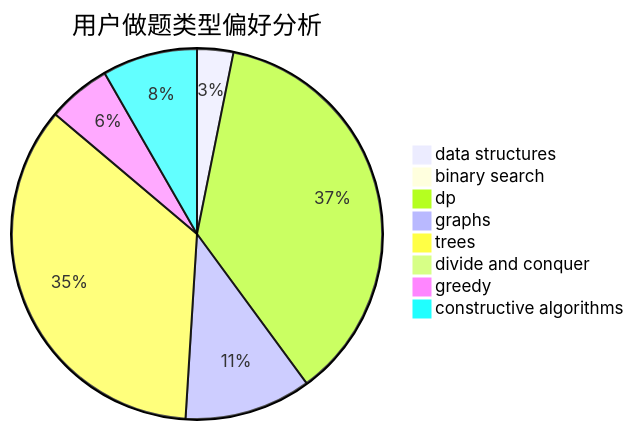
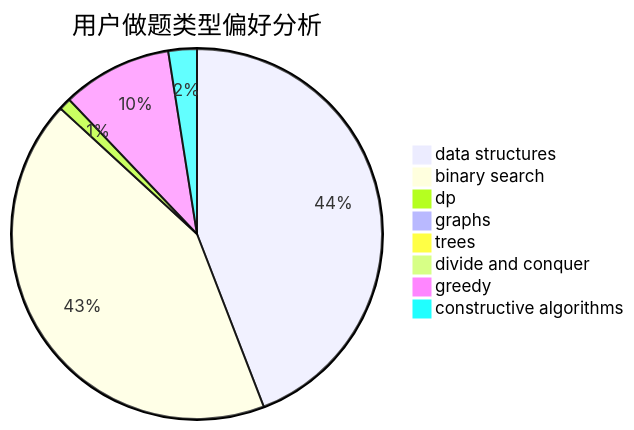
The second of 3 diagrams in docs/user/u2526.md (sherpahu/cfrs.github.io), drawn with Mermaid before and after one commit. The commit also changed other lines of this file and 2770 other files, not shown here.

````diff
--- a/docs/user/u2526.md
+++ b/docs/user/u2526.md
@@ -23,11 +23,11 @@
 ```mermaid
 pie title 用户做题类型偏好分析
-    "data structures" :  8
-    "binary search" :  0
-    "dp" :  93
-    "graphs" :  28
-    "trees" :  89
+    "data structures" :  124
+    "binary search" :  120
+    "dp" :  3
+    "graphs" :  0
+    "trees" :  1
     "divide and conquer" :  0
-    "greedy" :  14
-    "constructive algorithms" :  21
+    "greedy" :  27
+    "constructive algorithms" :  7
 ```
````
